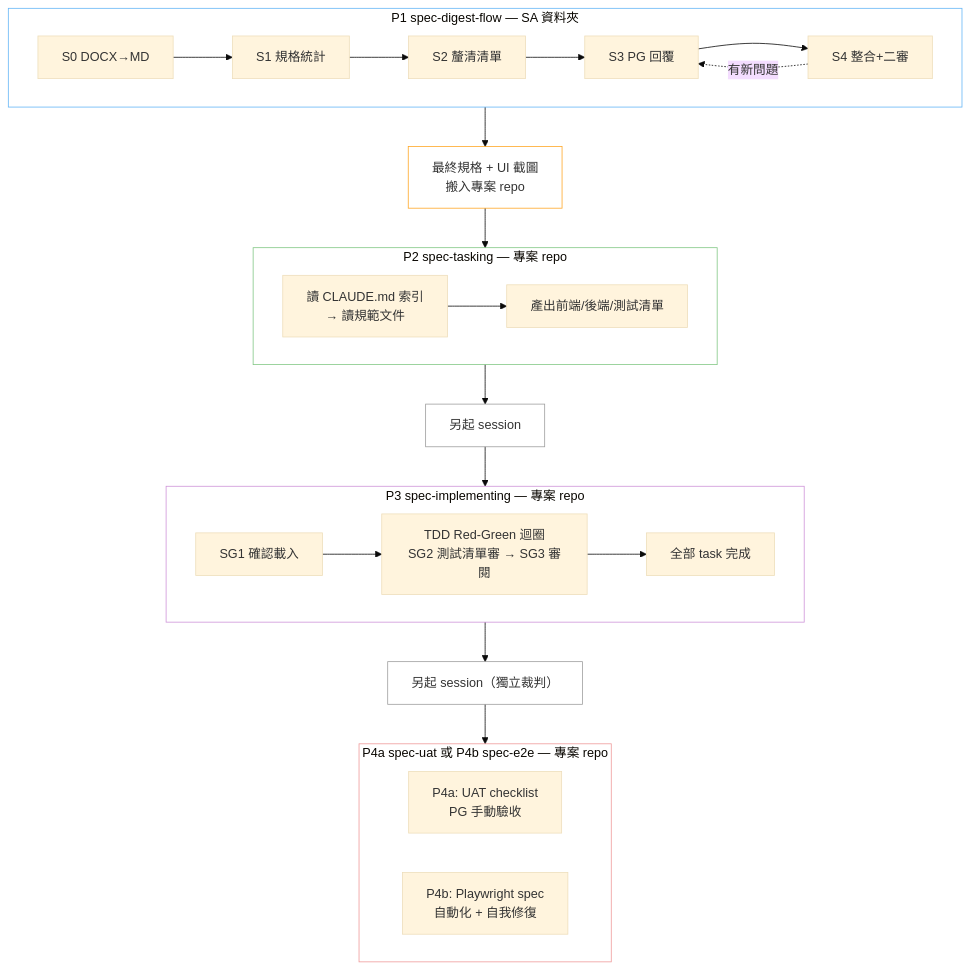
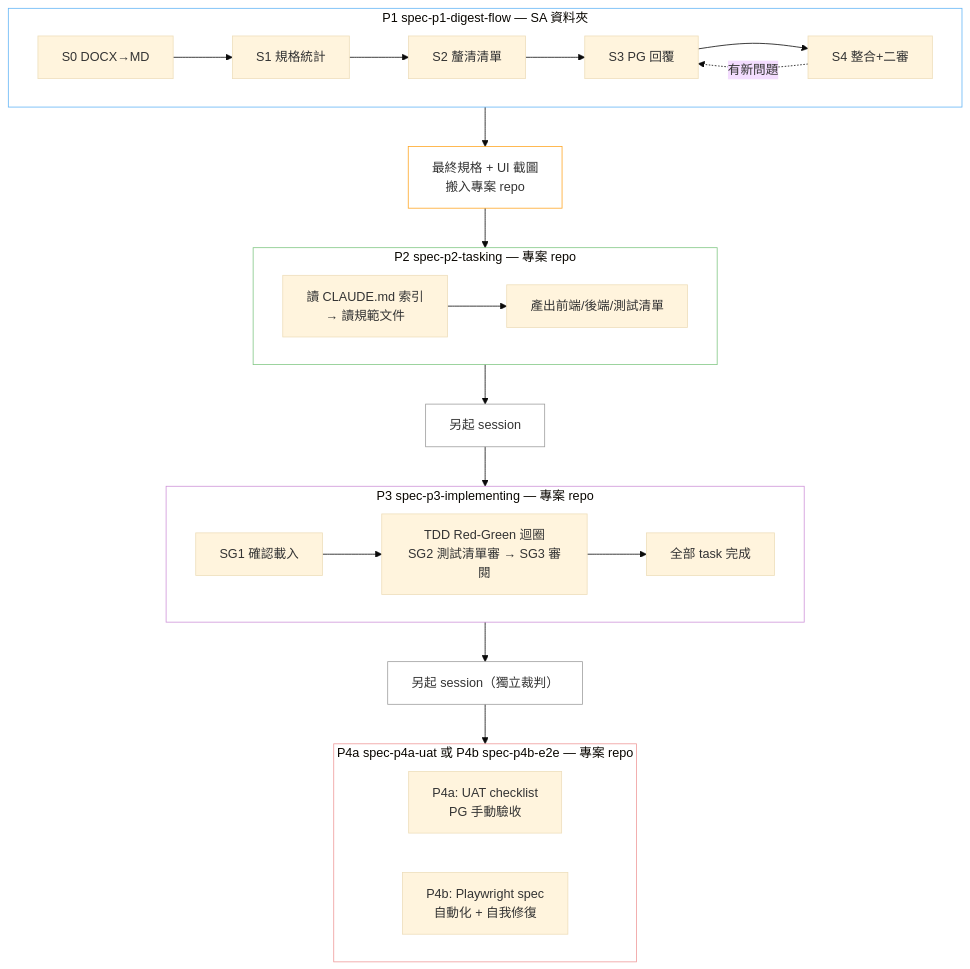
Before and after one commit to brahmsfan-soetek/AiCoding: the first of 2 diagrams in README.md, drawn with Mermaid (base theme). The commit also changed other lines of this file and 26 other files, not shown here.

````diff
--- a/README.md
+++ b/README.md
@@ -48,50 +48,50 @@
 ```mermaid
 graph TD
-    subgraph P1["P1 spec-digest-flow — SA 資料夾"]
+    subgraph P1["P1 spec-p1-digest-flow — SA 資料夾"]
         direction LR
         S0["S0 DOCX→MD"]
         S1["S1 規格統計"]
         S2["S2 釐清清單"]
         S3["S3 PG 回覆"]
         S4["S4 整合+二審"]
         S0 --> S1 --> S2 --> S3 --> S4
         S4 -.有新問題.-> S3
     end
 
     HANDOFF["最終規格 + UI 截圖<br/>搬入專案 repo"]
 
-    subgraph P2["P2 spec-tasking — 專案 repo"]
+    subgraph P2["P2 spec-p2-tasking — 專案 repo"]
         direction LR
         T1["讀 CLAUDE.md 索引<br/>→ 讀規範文件"]
         T2["產出前端/後端/測試清單"]
         T1 --> T2
     end
 
     SESSION1["另起 session"]
 
-    subgraph P3["P3 spec-implementing — 專案 repo"]
+    subgraph P3["P3 spec-p3-implementing — 專案 repo"]
         direction LR
         I1["SG1 確認載入"]
         I2["TDD Red-Green 迴圈<br/>SG2 測試清單審 → SG3 審閱"]
         I3["全部 task 完成"]
         I1 --> I2 --> I3
     end
 
     SESSION2["另起 session（獨立裁判）"]
 
-    subgraph P4["P4a spec-uat 或 P4b spec-e2e — 專案 repo"]
+    subgraph P4["P4a spec-p4a-uat 或 P4b spec-p4b-e2e — 專案 repo"]
         direction LR
         U1["P4a: UAT checklist<br/>PG 手動驗收"]
         U2["P4b: Playwright spec<br/>自動化 + 自我修復"]
     end
 
     P1 --> HANDOFF --> P2 --> SESSION1 --> P3 --> SESSION2 --> P4
 
     style P1 fill:none,stroke:#64b5f6
     style HANDOFF fill:none,stroke:#ffa726
     style P2 fill:none,stroke:#81c784
     style SESSION1 fill:none,stroke:#9e9e9e
     style P3 fill:none,stroke:#ce93d8
     style SESSION2 fill:none,stroke:#9e9e9e
     style P4 fill:none,stroke:#ef9a9a
 ```
````
